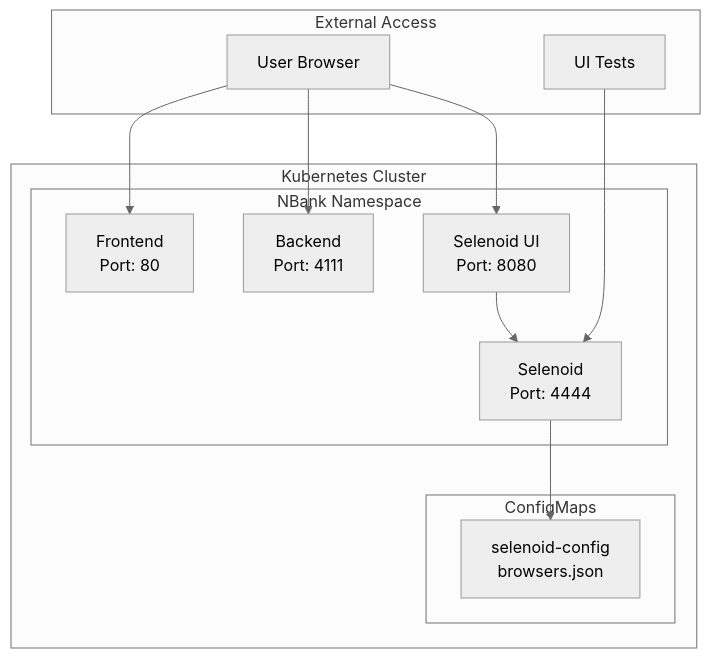
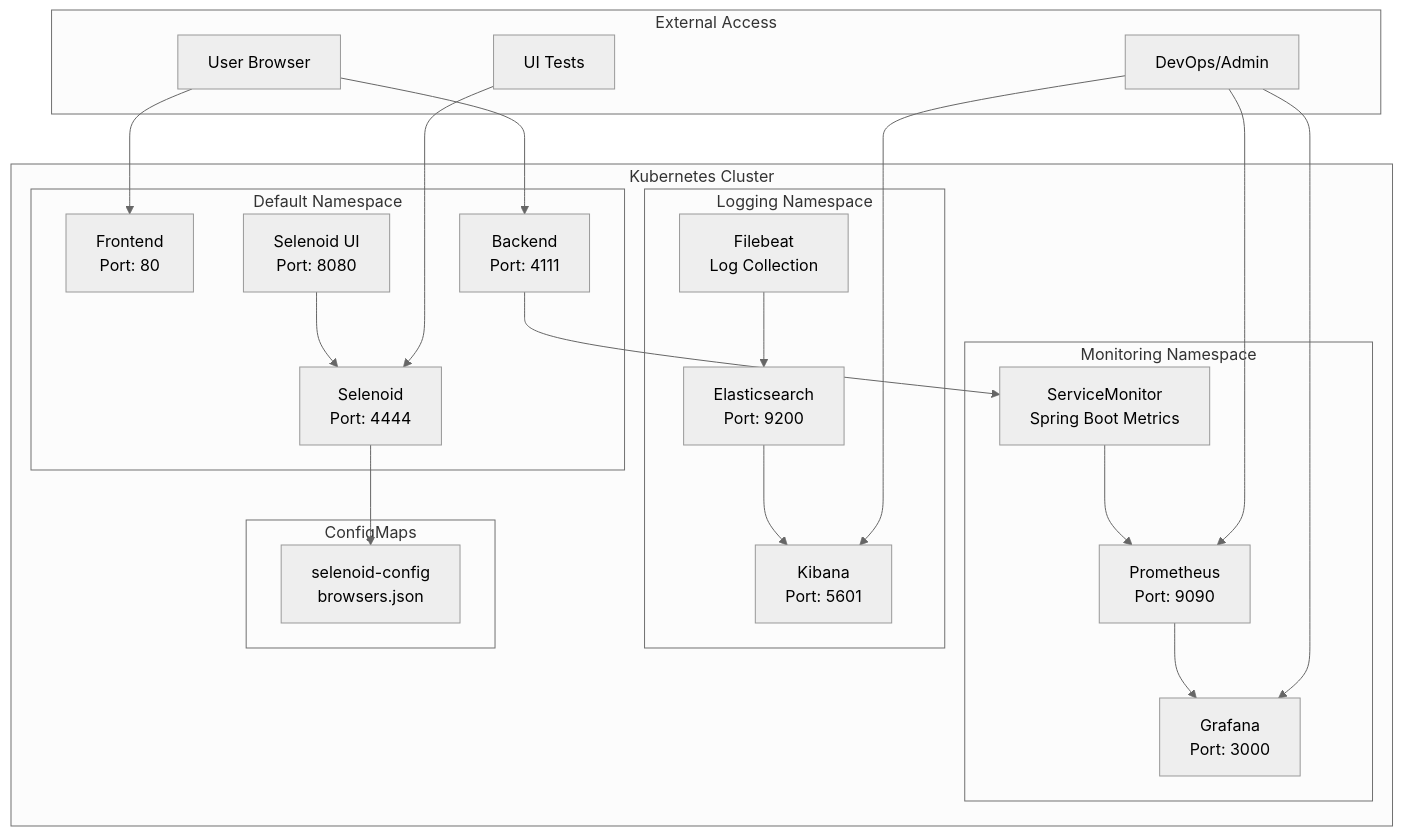
Before and after one commit to Polishevskyi/nbank: the diagram in infra/kube/README.md, drawn with Mermaid (neutral theme). The commit also changed other lines of this file and 14 other files, not shown here.

Commit message:
Add monitoring and logging stack

````diff
--- a/infra/kube/README.md
+++ b/infra/kube/README.md
@@ -119,28 +164,48 @@
 ```mermaid
 graph TB
     subgraph "Kubernetes Cluster"
-        subgraph "NBank Namespace"
+        subgraph "Default Namespace"
             FE[Frontend<br/>Port: 80]
             BE[Backend<br/>Port: 4111]
             SEL[Selenoid<br/>Port: 4444]
             UI[Selenoid UI<br/>Port: 8080]
         end
 
+        subgraph "Monitoring Namespace"
+            PROM[Prometheus<br/>Port: 9090]
+            GRAF[Grafana<br/>Port: 3000]
+            SM[ServiceMonitor<br/>Spring Boot Metrics]
+        end
+
+        subgraph "Logging Namespace"
+            ES[Elasticsearch<br/>Port: 9200]
+            KIB[Kibana<br/>Port: 5601]
+            FB[Filebeat<br/>Log Collection]
+        end
+
         subgraph "ConfigMaps"
             CM[selenoid-config<br/>browsers.json]
         end
 
+        BE --> SM
+        SM --> PROM
+        PROM --> GRAF
+        FB --> ES
+        ES --> KIB
         SEL --> CM
         UI --> SEL
     end
 
     subgraph "External Access"
         USER[User Browser]
         TESTS[UI Tests]
+        ADMIN[DevOps/Admin]
     end
 
     USER --> FE
     USER --> BE
     TESTS --> SEL
-    USER --> UI
+    ADMIN --> GRAF
+    ADMIN --> KIB
+    ADMIN --> PROM
 ```
````
